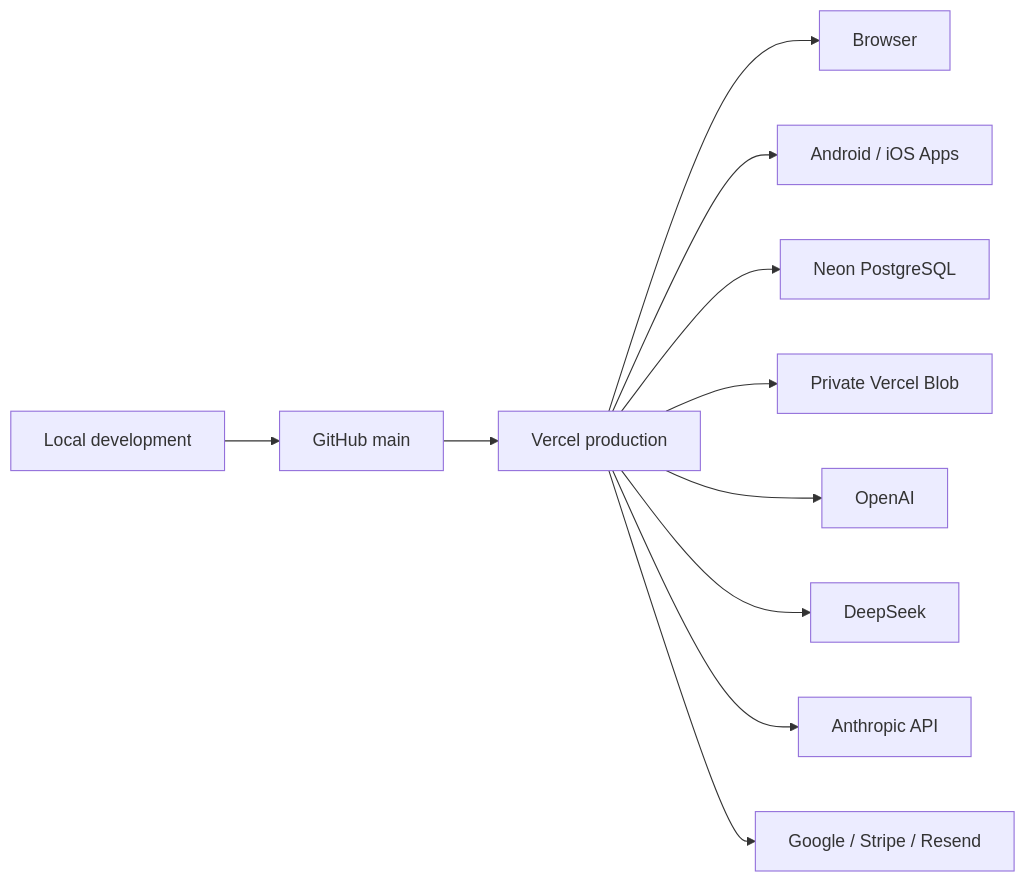
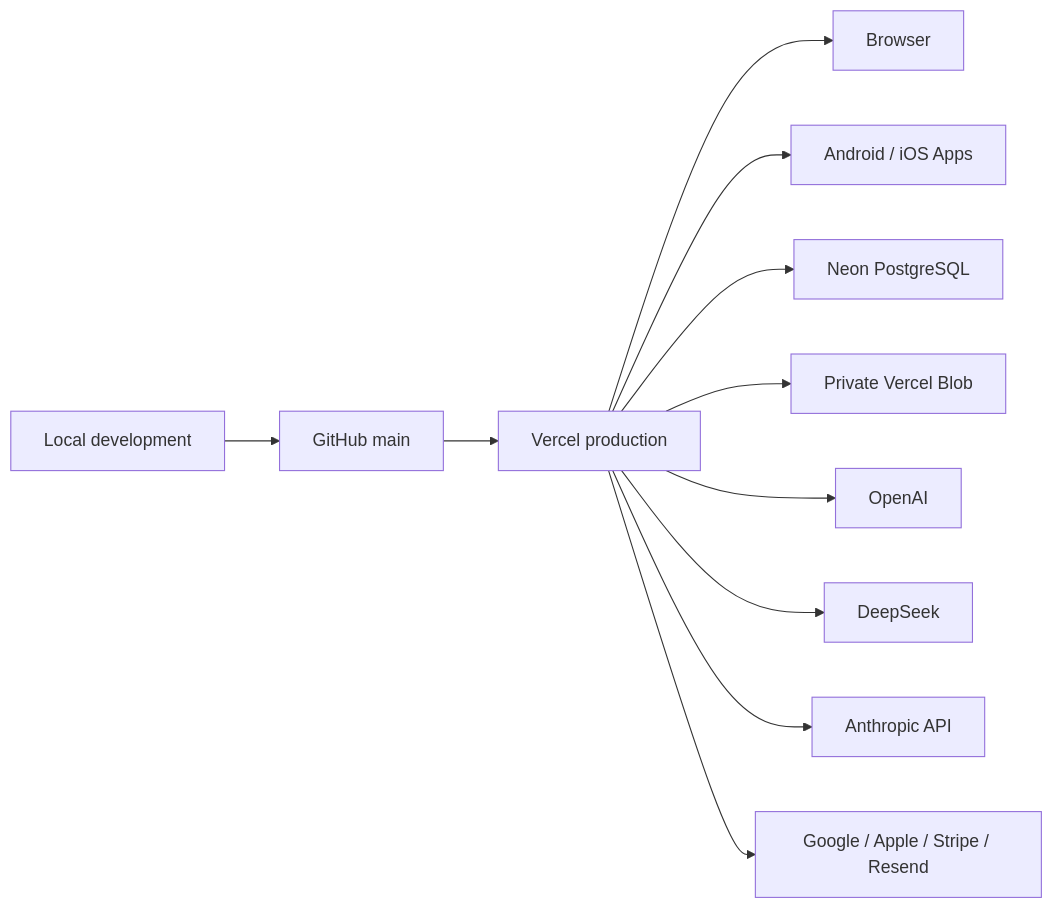
The diagram in docs/architecture/deployment.md (kakumine2001/NoteFable), drawn with Mermaid before and after one commit. The commit also changed 15 other files, not shown here.

````diff
--- a/docs/architecture/deployment.md
+++ b/docs/architecture/deployment.md
@@ -97,13 +97,13 @@
 ```mermaid
 flowchart LR
     Local["Local development"] --> GitHub["GitHub main"]
     GitHub --> Vercel["Vercel production"]
     Vercel --> Browser["Browser"]
     Vercel --> Mobile["Android / iOS Apps"]
     Vercel --> Neon["Neon PostgreSQL"]
     Vercel --> Blob["Private Vercel Blob"]
     Vercel --> OpenAI["OpenAI"]
     Vercel --> DeepSeek["DeepSeek"]
     Vercel --> Anthropic["Anthropic API"]
-    Vercel --> External["Google / Stripe / Resend"]
+    Vercel --> External["Google / Apple / Stripe / Resend"]
 ```
````
